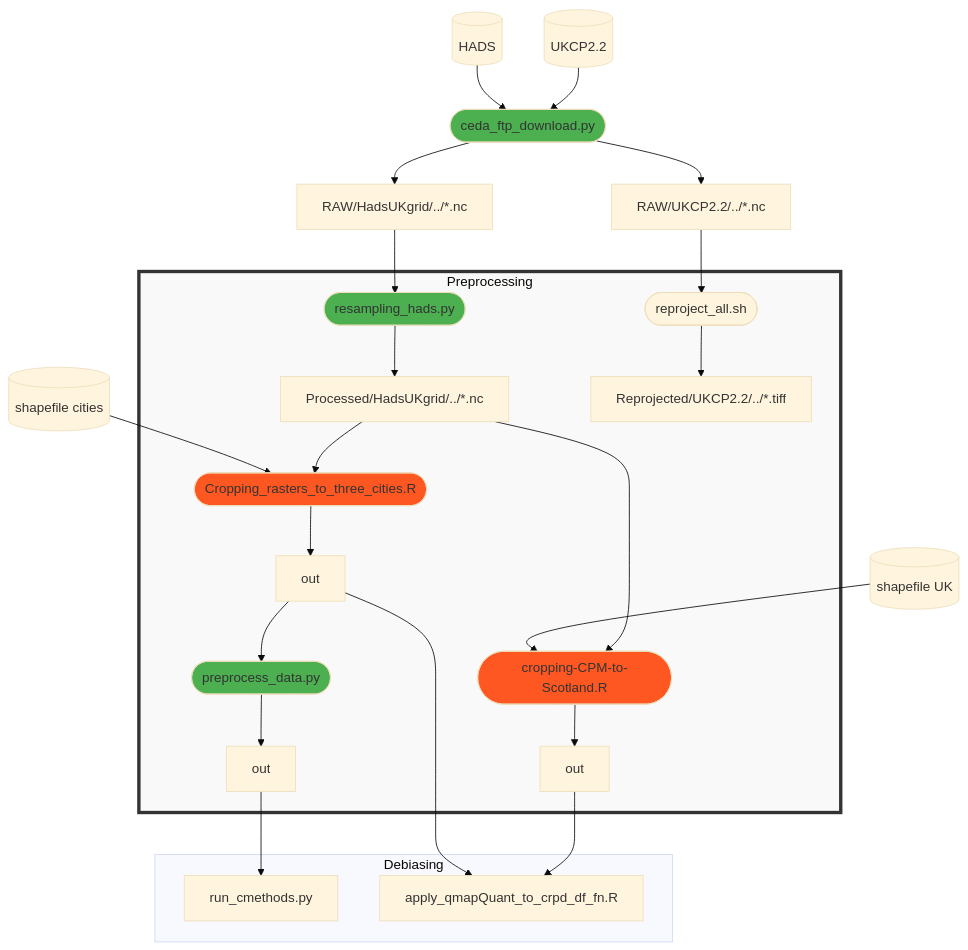
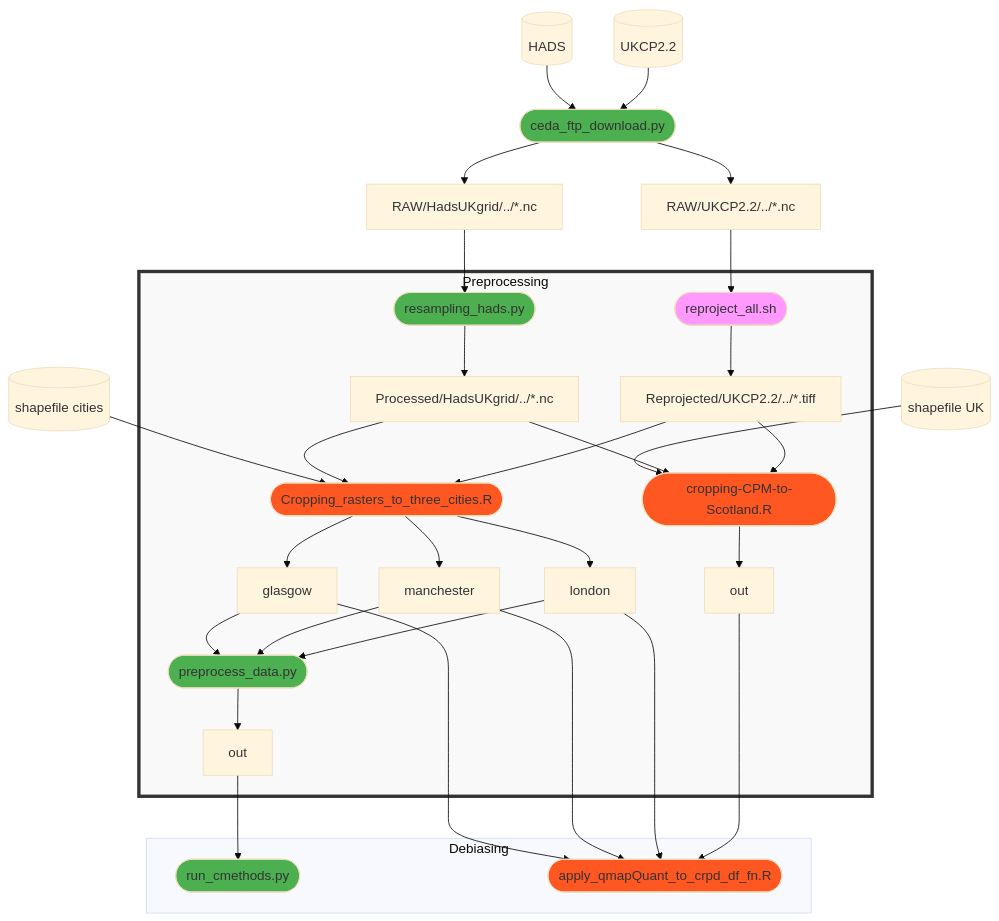
Before and after one commit to alan-turing-institute/clim-recal: the diagram in docs/pipeline.md, drawn with Mermaid (base theme).

Commit message:
update pipeline viz: connect cpm data

````diff
--- a/docs/pipeline.md
+++ b/docs/pipeline.md
@@ -35,7 +35,9 @@
     
     data_hads_res[Processed/HadsUKgrid/../*.nc]
     data_cpm_rep[Reprojected/UKCP2.2/../*.tiff]
-    data_out1[out]
+    data_gl[glasgow]
+    data_ma[manchester]
+    data_lon[london]
     data_out2[out]
     data_out3[out]
     
@@ -46,31 +48,44 @@
     data_hads_res --> script_crop_city
 
     
-    script_crop_city --> data_out1
-    data_out1 --> script_preproc
+    script_crop_city --> data_gl
+    script_crop_city --> data_ma
+    script_crop_city --> data_lon
+
+
+    data_gl --> script_preproc
+    data_ma --> script_preproc
+    data_lon --> script_preproc
     script_preproc --> data_out2
     script_crop_uk --> data_out3
     
+    data_cpm_rep --> script_crop_city
+    data_cpm_rep --> script_crop_uk
 
 end
 
 
 subgraph Debiasing
     
-    script_bc_py[run_cmethods.py]
-    script_bc_r[apply_qmapQuant_to_crpd_df_fn.R]
+    script_bc_py([run_cmethods.py])
+    script_bc_r([apply_qmapQuant_to_crpd_df_fn.R])
     
     data_out2 --> script_bc_py
-    data_out1 --> script_bc_r
+    data_gl --> script_bc_r
+    data_ma --> script_bc_r
+    data_lon --> script_bc_r
     data_out3 --> script_bc_r
+    
+    
     
 end
 
 
 classDef python fill:#4CAF50;
 classDef r fill:#FF5722;
+classDef bash fill:#f9f
 
-class script_crop_city,script_crop_uk r;
-class script_load,script_resampling,script_preproc python;
-
+class script_crop_city,script_crop_uk,script_bc_r r;
+class script_load,script_resampling,script_preproc,script_bc_py python;
+class script_reproject bash;
 ```
````
